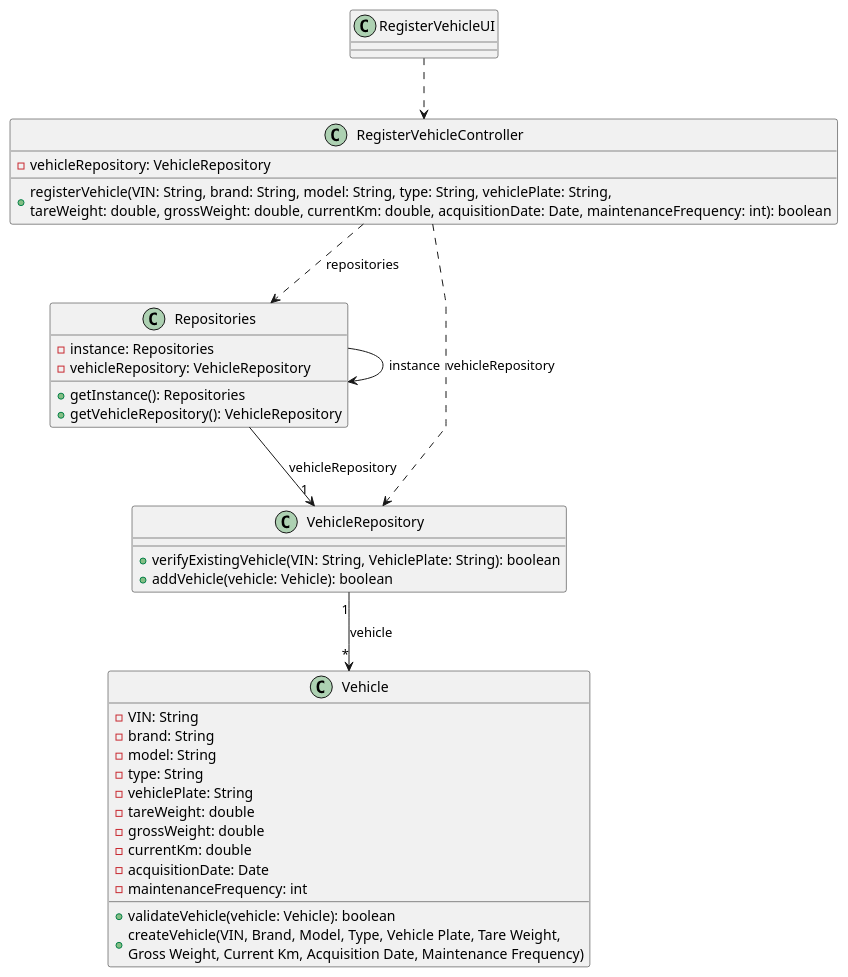
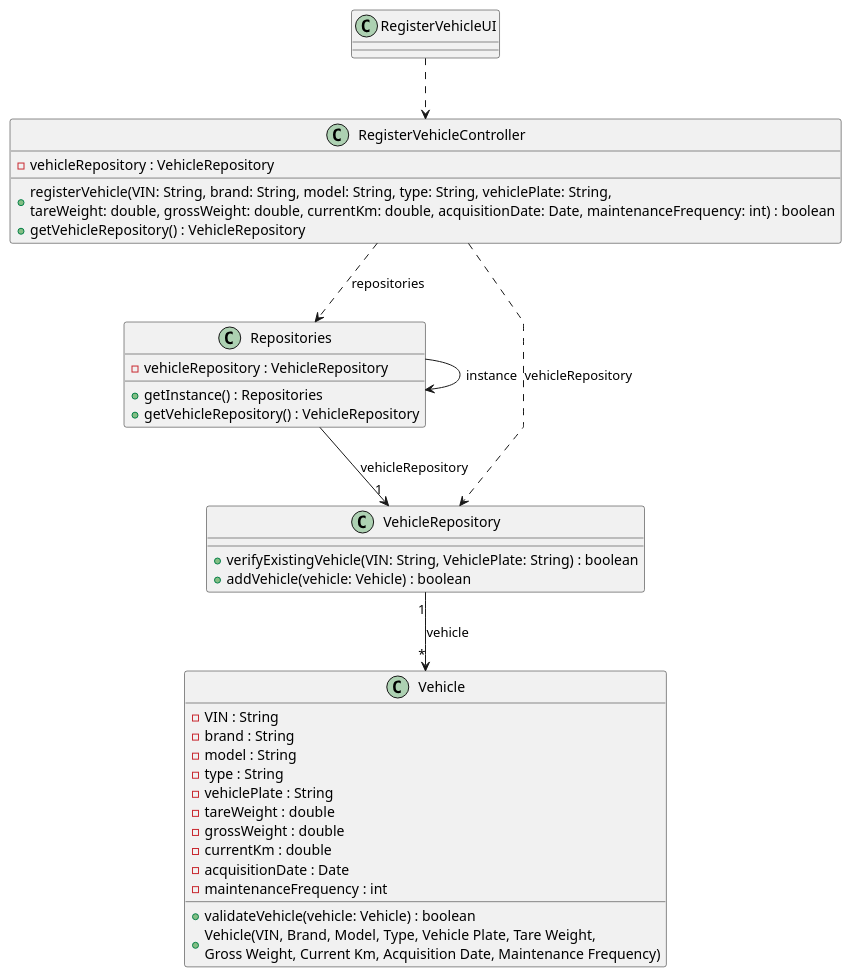
One commit to ricardomm7/leaflink changed the diagram in docs/sprintB/us006/03.design/puml/us006-class-diagram.puml. Above: the diagram before and after it, drawn with PlantUML. The commit also changed 9 other files, not shown here.

```diff
--- a/docs/sprintB/us006/03.design/puml/us006-class-diagram.puml
+++ b/docs/sprintB/us006/03.design/puml/us006-class-diagram.puml
@@ -1,50 +1,50 @@
 @startuml
 skinparam shadowing false
 skinparam linetype polyline
 
 'left to right direction
 
     class RegisterVehicleUI {
     }
 
     class RegisterVehicleController {
-        - vehicleRepository: VehicleRepository
-        + registerVehicle(VIN: String, brand: String, model: String, type: String, vehiclePlate: String, \ntareWeight: double, grossWeight: double, currentKm: double, acquisitionDate: Date, maintenanceFrequency: int): boolean
+        - vehicleRepository : VehicleRepository
+        + registerVehicle(VIN: String, brand: String, model: String, type: String, vehiclePlate: String, \ntareWeight: double, grossWeight: double, currentKm: double, acquisitionDate: Date, maintenanceFrequency: int) : boolean
+        + getVehicleRepository() : VehicleRepository
     }
 
     class Repositories {
-        - instance: Repositories
-        - vehicleRepository: VehicleRepository
-        + getInstance(): Repositories
-        + getVehicleRepository(): VehicleRepository
+        - vehicleRepository : VehicleRepository
+        + getInstance() : Repositories
+        + getVehicleRepository() : VehicleRepository
     }
 
     class VehicleRepository {
-        + verifyExistingVehicle(VIN: String, VehiclePlate: String): boolean
-        + addVehicle(vehicle: Vehicle): boolean
+        + verifyExistingVehicle(VIN: String, VehiclePlate: String) : boolean
+        + addVehicle(vehicle: Vehicle) : boolean
     }
 
     class Vehicle {
-        - VIN: String
-        - brand: String
-        - model: String
-        - type: String
-        - vehiclePlate: String
-        - tareWeight: double
-        - grossWeight: double
-        - currentKm: double
-        - acquisitionDate: Date
-        - maintenanceFrequency: int
+        - VIN : String
+        - brand : String
+        - model : String
+        - type : String
+        - vehiclePlate : String
+        - tareWeight : double
+        - grossWeight : double
+        - currentKm : double
+        - acquisitionDate : Date
+        - maintenanceFrequency : int
 
-        + validateVehicle(vehicle: Vehicle): boolean
-        + createVehicle(VIN, Brand, Model, Type, Vehicle Plate, Tare Weight, \nGross Weight, Current Km, Acquisition Date, Maintenance Frequency)
+        + validateVehicle(vehicle: Vehicle) : boolean
+        + Vehicle(VIN, Brand, Model, Type, Vehicle Plate, Tare Weight, \nGross Weight, Current Km, Acquisition Date, Maintenance Frequency)
     }
 
 RegisterVehicleUI ..> RegisterVehicleController
 RegisterVehicleController ..> Repositories: repositories
 Repositories --> Repositories: instance
 RegisterVehicleController ..> VehicleRepository: vehicleRepository
 Repositories --> "1"VehicleRepository: vehicleRepository
 VehicleRepository "1"-->"*" Vehicle: vehicle
 
 @enduml
```
